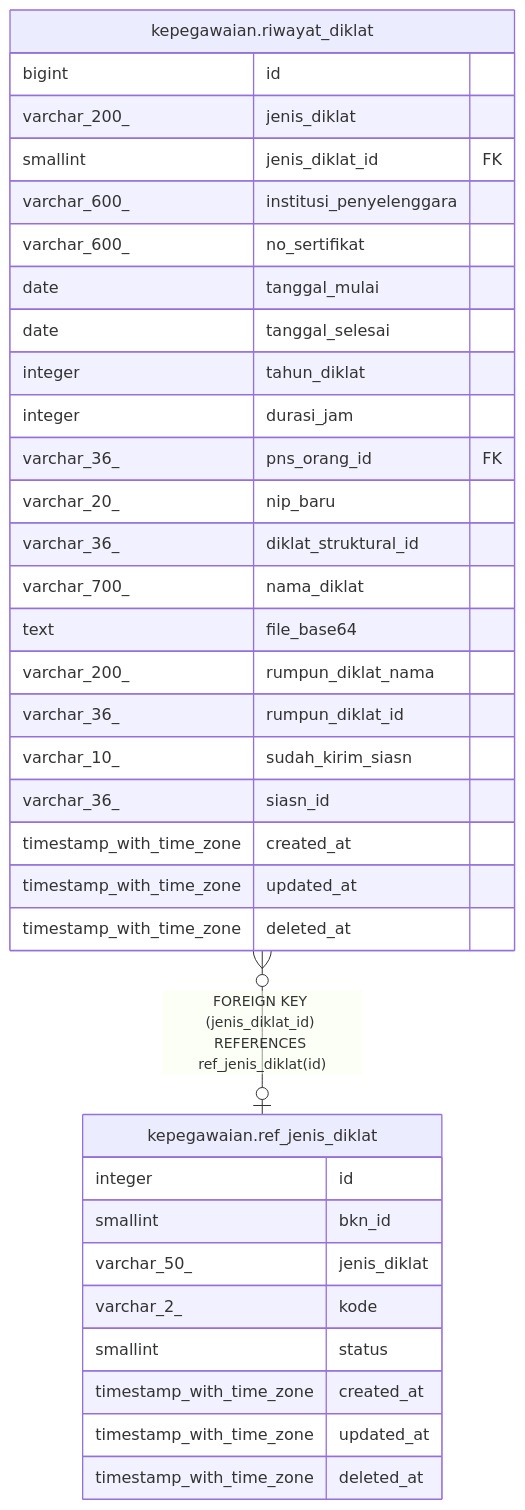
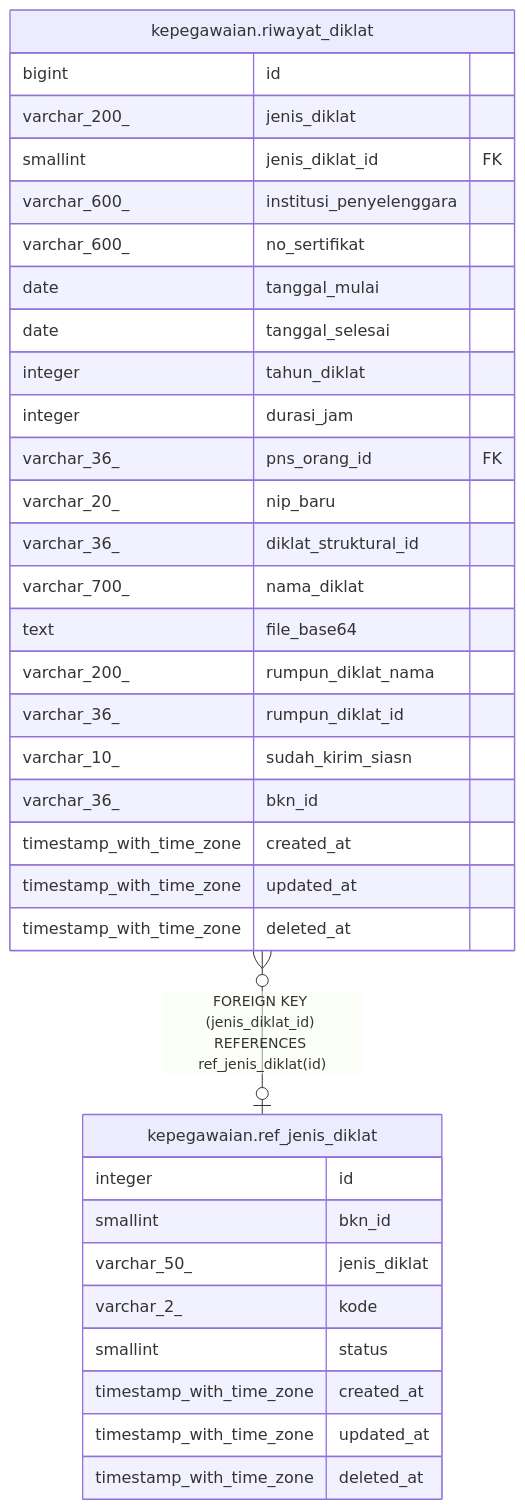
The diagram in services/kepegawaian/docs/db/kepegawaian.ref_jenis_diklat.md (nandanugg/triforce.nvim), drawn with Mermaid before and after one commit. The commit also changed 54 other files, not shown here.

````diff
--- a/services/kepegawaian/docs/db/kepegawaian.ref_jenis_diklat.md
+++ b/services/kepegawaian/docs/db/kepegawaian.ref_jenis_diklat.md
@@ -34,39 +34,39 @@
 ```mermaid
 erDiagram
 
 "kepegawaian.riwayat_diklat" }o--o| "kepegawaian.ref_jenis_diklat" : "FOREIGN KEY (jenis_diklat_id) REFERENCES ref_jenis_diklat(id)"
 
 "kepegawaian.ref_jenis_diklat" {
   integer id
   smallint bkn_id
   varchar_50_ jenis_diklat
   varchar_2_ kode
   smallint status
   timestamp_with_time_zone created_at
   timestamp_with_time_zone updated_at
   timestamp_with_time_zone deleted_at
 }
 "kepegawaian.riwayat_diklat" {
   bigint id
   varchar_200_ jenis_diklat
   smallint jenis_diklat_id FK
   varchar_600_ institusi_penyelenggara
   varchar_600_ no_sertifikat
   date tanggal_mulai
   date tanggal_selesai
   integer tahun_diklat
   integer durasi_jam
   varchar_36_ pns_orang_id FK
   varchar_20_ nip_baru
   varchar_36_ diklat_struktural_id
   varchar_700_ nama_diklat
   text file_base64
   varchar_200_ rumpun_diklat_nama
   varchar_36_ rumpun_diklat_id
   varchar_10_ sudah_kirim_siasn
-  varchar_36_ siasn_id
+  varchar_36_ bkn_id
   timestamp_with_time_zone created_at
   timestamp_with_time_zone updated_at
   timestamp_with_time_zone deleted_at
 }
 ```
````
